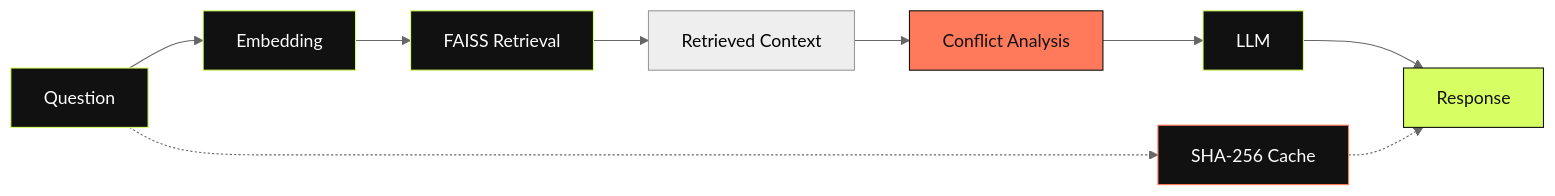
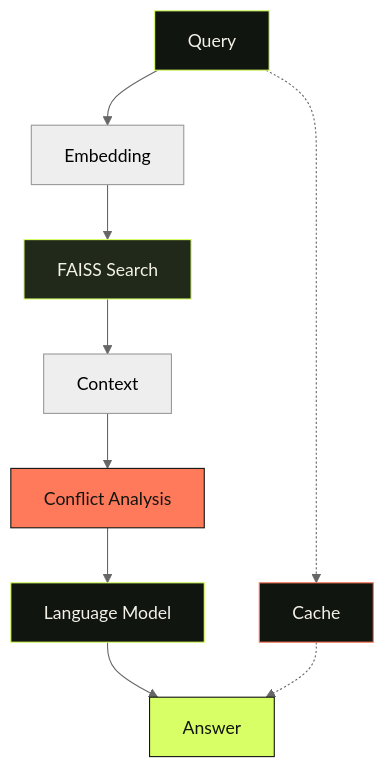
One commit to sandhruv/sandhruv changed the third of 3 diagrams in README.md. Above: the diagram before and after it, drawn with Mermaid (neutral theme). The commit also changed other lines of this file, not shown here.

````diff
--- a/README.md
+++ b/README.md
@@ -231,19 +202,18 @@
 ```mermaid
-flowchart LR
-    A["Question"] --> B["Embedding"]
-    B --> C["FAISS Retrieval"]
-    C --> D["Retrieved Context"]
+flowchart TD
+    A["Query"] --> B["Embedding"]
+    B --> C["FAISS Search"]
+    C --> D["Context"]
     D --> E["Conflict Analysis"]
-    E --> F["LLM"]
-    F --> G["Response"]
-    A -.-> H["SHA-256 Cache"]
+    E --> F["Language Model"]
+    F --> G["Answer"]
+    A -.-> H["Cache"]
     H -.-> G
 
-    style A fill:#111111,stroke:#D7FF64,color:#FFFFFF
-    style B fill:#111111,stroke:#D7FF64,color:#FFFFFF
-    style C fill:#111111,stroke:#D7FF64,color:#FFFFFF
-    style E fill:#FF795B,stroke:#111111,color:#111111
-    style F fill:#111111,stroke:#D7FF64,color:#FFFFFF
-    style G fill:#D7FF64,stroke:#111111,color:#111111
-    style H fill:#111111,stroke:#FF795B,color:#FFFFFF
+    style A fill:#111510,stroke:#D8FF66,color:#F4F2E8
+    style C fill:#20291A,stroke:#D8FF66,color:#F4F2E8
+    style E fill:#FF795B,stroke:#111510,color:#111510
+    style F fill:#111510,stroke:#D8FF66,color:#F4F2E8
+    style G fill:#D8FF66,stroke:#111510,color:#111510
+    style H fill:#111510,stroke:#FF795B,color:#F4F2E8
 ```
````
